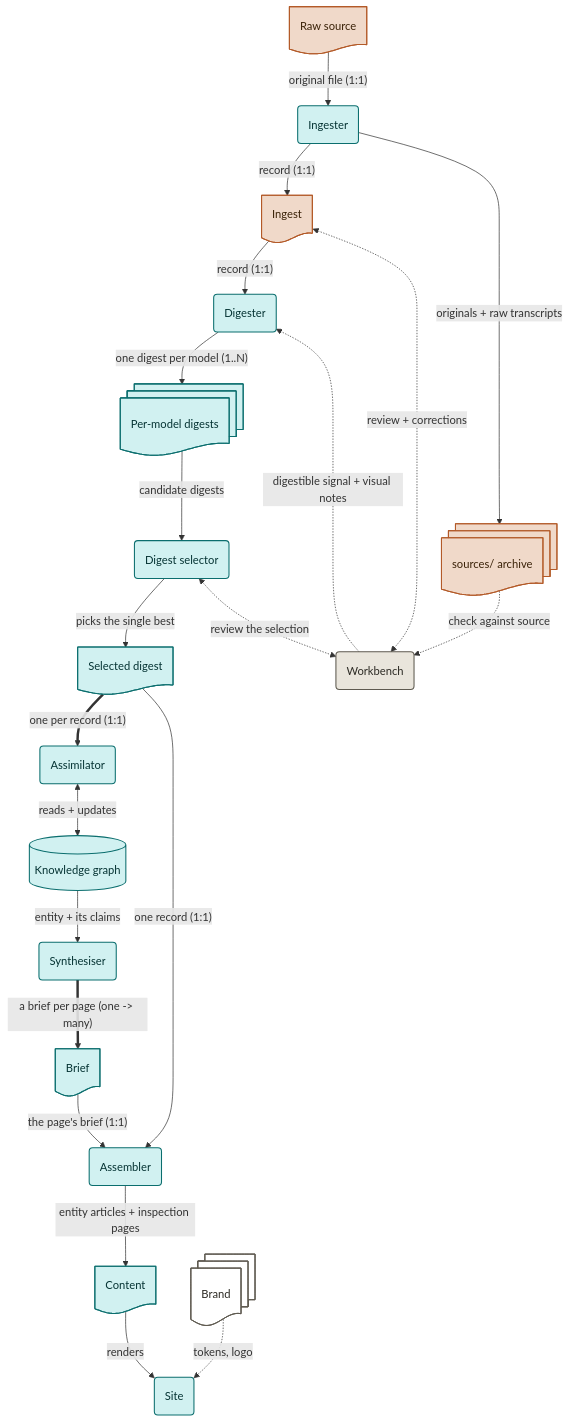
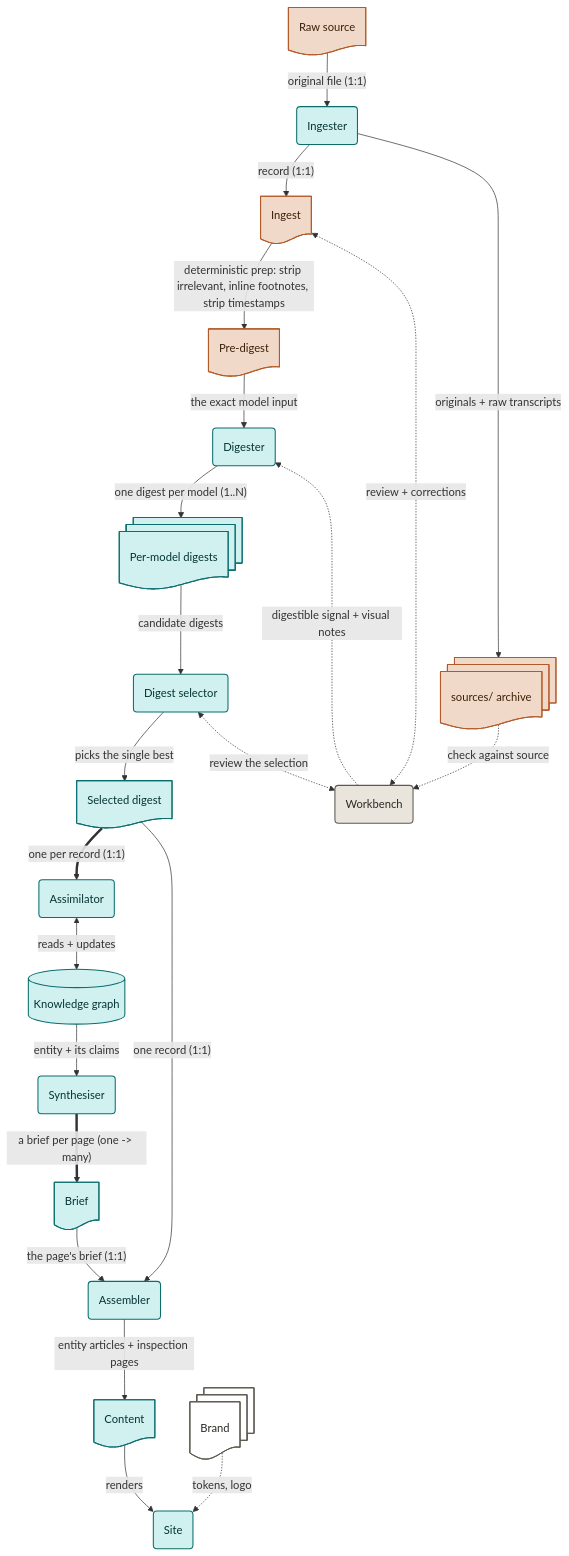
The diagram in reference/pipeline.mmd (anomalica/anomalica), drawn with Mermaid before and after one commit. The commit also changed 1 other file, not shown here.

Commit message:
docs: add the pre-digest node to the architecture diagram (0042)

```diff
--- a/reference/pipeline.mmd
+++ b/reference/pipeline.mmd
@@ -1,67 +1,70 @@
 flowchart TB
   classDef src fill:#F0D9C9,stroke:#B35A28,stroke-width:1.5px,color:#3a2208;
   classDef pub fill:#D1F1F1,stroke:#0B6E6E,stroke-width:1.5px,color:#053333;
   classDef rev fill:#E9E5DC,stroke:#5E5A50,stroke-width:1.5px,color:#2c2a24;
   classDef store fill:#ffffff,stroke:#5E5A50,stroke-width:1.3px,color:#2c2a24;
 
   raw@{ shape: doc, label: "Raw source" }
   ingester@{ shape: rounded, label: "Ingester" }
   ingest@{ shape: doc, label: "Ingest" }
+  predigest@{ shape: doc, label: "Pre-digest" }
   archive@{ shape: docs, label: "sources/ archive" }
   workbench@{ shape: rounded, label: "Workbench" }
   digester@{ shape: rounded, label: "Digester" }
   digests@{ shape: docs, label: "Per-model digests" }
   selector@{ shape: rounded, label: "Digest selector" }
   selected@{ shape: doc, label: "Selected digest" }
   assimilator@{ shape: rounded, label: "Assimilator" }
   kg@{ shape: cyl, label: "Knowledge graph" }
   synthesiser@{ shape: rounded, label: "Synthesiser" }
   briefs@{ shape: doc, label: "Brief" }
   assembler@{ shape: rounded, label: "Assembler" }
   content@{ shape: doc, label: "Content" }
   site@{ shape: rounded, label: "Site" }
   brand@{ shape: docs, label: "Brand" }
 
   raw -->|"original file (1:1)"| ingester
   ingester -->|"record (1:1)"| ingest
   ingester -->|"originals + raw transcripts"| archive
-  ingest -->|"record (1:1)"| digester
+  ingest -->|"deterministic prep: strip irrelevant, inline footnotes, strip timestamps"| predigest
+  predigest -->|"the exact model input"| digester
   digester -->|"one digest per model (1..N)"| digests
   digests -->|"candidate digests"| selector
   selector -->|"picks the single best"| selected
   selected ==>|"one per record (1:1)"| assimilator
   assimilator <-->|"reads + updates"| kg
   kg -->|"entity + its claims"| synthesiser
   synthesiser ==>|"a brief per page (one -> many)"| briefs
   briefs -->|"the page's brief (1:1)"| assembler
   selected -->|"one record (1:1)"| assembler
   assembler -->|"entity articles + inspection pages"| content
   content -->|"renders"| site
   brand -.->|"tokens, logo"| site
   ingest <-.->|"review + corrections"| workbench
   selector <-.->|"review the selection"| workbench
   archive -.->|"check against source"| workbench
   workbench -.->|"digestible signal + visual notes"| digester
 
-  class raw,ingest,archive src
+  class raw,ingest,predigest,archive src
   class ingester,digester,digests,selector,selected,assimilator,kg,synthesiser,briefs,assembler,content,site pub
   class workbench rev
   class brand store
 
   click raw nodeClick
   click ingester nodeClick
   click ingest nodeClick
+  click predigest nodeClick
   click archive nodeClick
   click workbench nodeClick
   click digester nodeClick
   click digests nodeClick
   click selector nodeClick
   click selected nodeClick
   click assimilator nodeClick
   click kg nodeClick
   click synthesiser nodeClick
   click briefs nodeClick
   click assembler nodeClick
   click content nodeClick
   click site nodeClick
   click brand nodeClick
```
